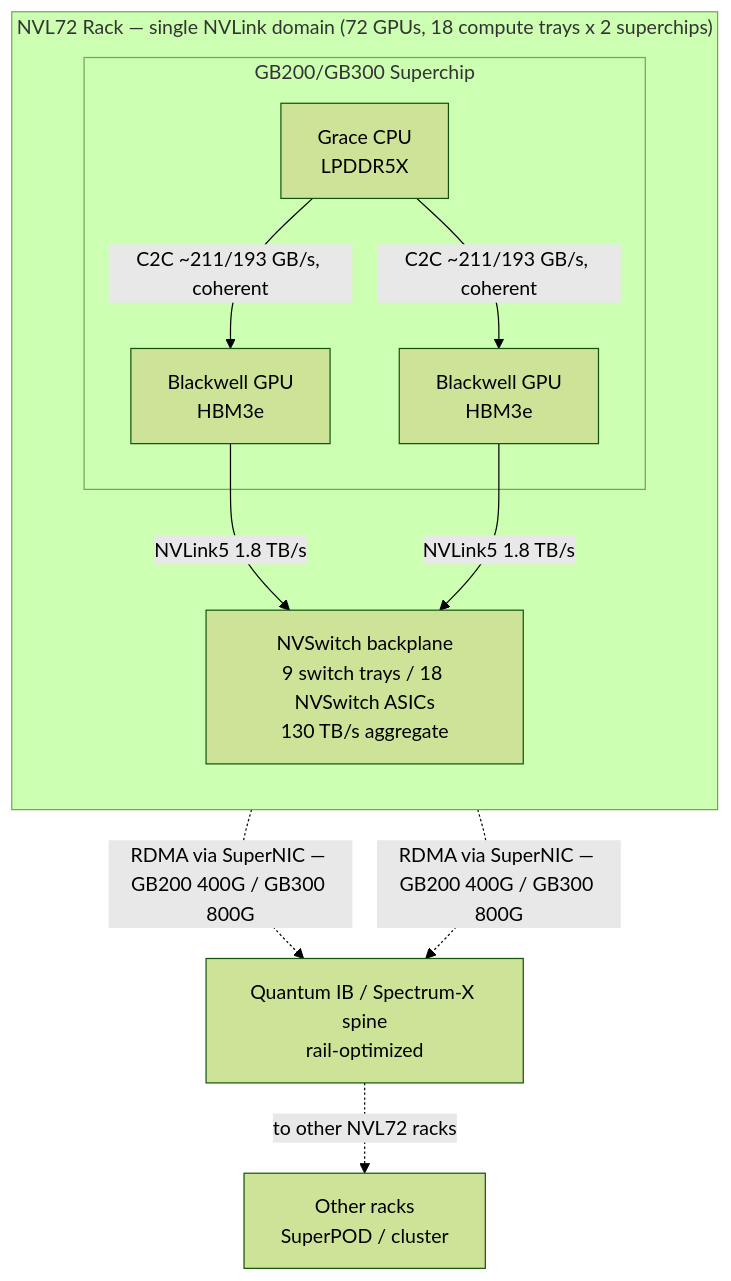
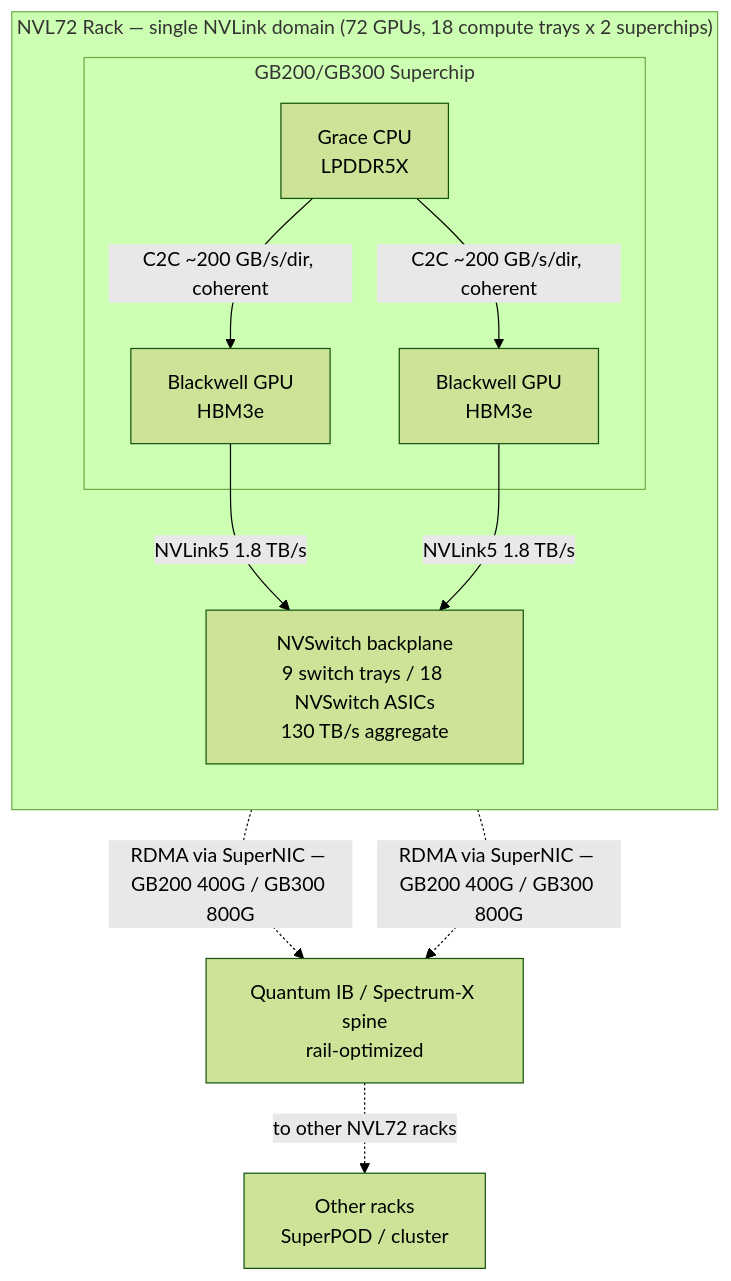
One commit to dfwguy/validation changed the first of 11 diagrams in nvl72.md. Above: the diagram before and after it, drawn with Mermaid (forest theme). The commit also changed other lines of this file, not shown here.

````diff
--- a/nvl72.md
+++ b/nvl72.md
@@ -27,23 +27,23 @@
 ```mermaid
 flowchart TB
     subgraph RACK["NVL72 Rack — single NVLink domain (72 GPUs, 18 compute trays x 2 superchips)"]
         direction TB
         subgraph SC1["GB200/GB300 Superchip"]
             G1["Grace CPU<br/>LPDDR5X"]
             B1["Blackwell GPU<br/>HBM3e"]
             B2["Blackwell GPU<br/>HBM3e"]
-            G1 -- "C2C ~211/193 GB/s, coherent" --> B1
-            G1 -- "C2C ~211/193 GB/s, coherent" --> B2
+            G1 -- "C2C ~200 GB/s/dir, coherent" --> B1
+            G1 -- "C2C ~200 GB/s/dir, coherent" --> B2
         end
         NVS["NVSwitch backplane<br/>9 switch trays / 18 NVSwitch ASICs<br/>130 TB/s aggregate"]
         B1 -- "NVLink5 1.8 TB/s" --> NVS
         B2 -- "NVLink5 1.8 TB/s" --> NVS
     end
 
     SPINE["Quantum IB / Spectrum-X spine<br/>rail-optimized"]
     OTHER["Other racks<br/>SuperPOD / cluster"]
 
     B1 -. "RDMA via SuperNIC — GB200 400G / GB300 800G" .-> SPINE
     B2 -. "RDMA via SuperNIC — GB200 400G / GB300 800G" .-> SPINE
     SPINE -. "to other NVL72 racks" .-> OTHER
 ```
````
